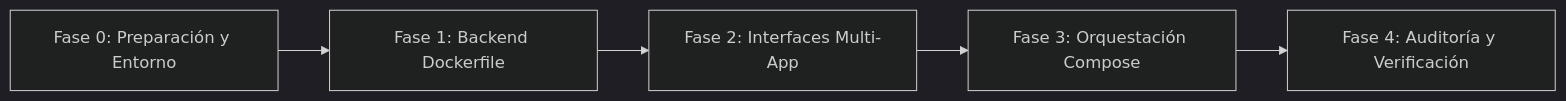
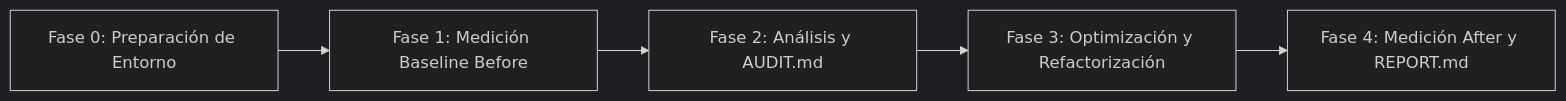
The diagram in .github/implementation-plan.md (4GeeksAcademy/ai-engineering-company-project-monorepo), drawn with Mermaid (dark theme) before and after one commit. The commit also changed other lines of this file and 18 other files, not shown here.

````diff
--- a/.github/implementation-plan.md
+++ b/.github/implementation-plan.md
@@ -33,7 +34,7 @@
 ```mermaid
 flowchart LR
-    F0[Fase 0: Preparación y Entorno] --> F1[Fase 1: Backend Dockerfile]
-    F1 --> F2[Fase 2: Interfaces Multi-App]
-    F2 --> F3[Fase 3: Orquestación Compose]
-    F3 --> F4[Fase 4: Auditoría y Verificación]
+    F0[Fase 0: Preparación de Entorno] --> F1[Fase 1: Medición Baseline Before]
+    F1 --> F2[Fase 2: Análisis y AUDIT.md]
+    F2 --> F3[Fase 3: Optimización y Refactorización]
+    F3 --> F4[Fase 4: Medición After y REPORT.md]
 ```
````
